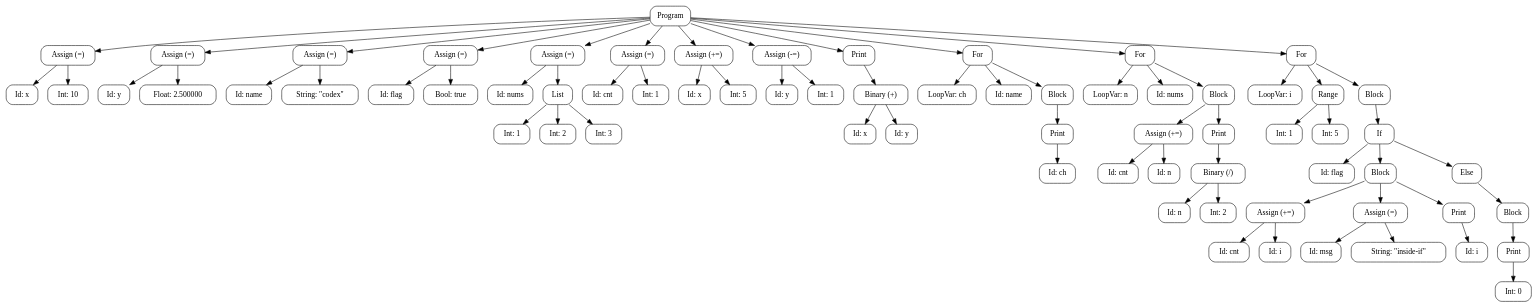
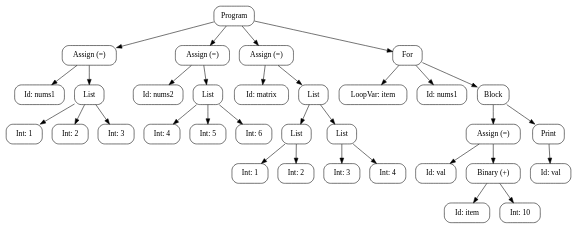
The diagram in docs/ast.dot (arkodasgupta0412/Python-lite-Compiler), drawn with Graphviz before and after one commit. The commit also changed 28 other files, not shown here.

```diff
--- a/docs/ast.dot
+++ b/docs/ast.dot
@@ -1,143 +1,69 @@
 digraph AST {
   rankdir=TB;
   node [shape=box, style=rounded, fontname="Consolas"];
   n0 [label="Program"];
   n1 [label="Assign (=)"];
-  n2 [label="Id: x"];
-  n3 [label="Int: 10"];
+  n2 [label="Id: nums1"];
+  n3 [label="List"];
+  n4 [label="Int: 1"];
+  n3 -> n4;
+  n5 [label="Int: 2"];
+  n3 -> n5;
+  n6 [label="Int: 3"];
+  n3 -> n6;
   n1 -> n2;
   n1 -> n3;
   n0 -> n1;
-  n4 [label="Assign (=)"];
-  n5 [label="Id: y"];
-  n6 [label="Float: 2.500000"];
-  n4 -> n5;
-  n4 -> n6;
-  n0 -> n4;
   n7 [label="Assign (=)"];
-  n8 [label="Id: name"];
-  n9 [label="String: \"codex\""];
+  n8 [label="Id: nums2"];
+  n9 [label="List"];
+  n10 [label="Int: 4"];
+  n9 -> n10;
+  n11 [label="Int: 5"];
+  n9 -> n11;
+  n12 [label="Int: 6"];
+  n9 -> n12;
   n7 -> n8;
   n7 -> n9;
   n0 -> n7;
-  n10 [label="Assign (=)"];
-  n11 [label="Id: flag"];
-  n12 [label="Bool: true"];
-  n10 -> n11;
-  n10 -> n12;
-  n0 -> n10;
   n13 [label="Assign (=)"];
-  n14 [label="Id: nums"];
+  n14 [label="Id: matrix"];
   n15 [label="List"];
-  n16 [label="Int: 1"];
+  n16 [label="List"];
+  n17 [label="Int: 1"];
+  n16 -> n17;
+  n18 [label="Int: 2"];
+  n16 -> n18;
   n15 -> n16;
-  n17 [label="Int: 2"];
-  n15 -> n17;
-  n18 [label="Int: 3"];
-  n15 -> n18;
+  n19 [label="List"];
+  n20 [label="Int: 3"];
+  n19 -> n20;
+  n21 [label="Int: 4"];
+  n19 -> n21;
+  n15 -> n19;
   n13 -> n14;
   n13 -> n15;
   n0 -> n13;
-  n19 [label="Assign (=)"];
-  n20 [label="Id: cnt"];
-  n21 [label="Int: 1"];
-  n19 -> n20;
-  n19 -> n21;
-  n0 -> n19;
-  n22 [label="Assign (+=)"];
-  n23 [label="Id: x"];
-  n24 [label="Int: 5"];
+  n22 [label="For"];
+  n23 [label="LoopVar: item"];
+  n24 [label="Id: nums1"];
+  n25 [label="Block"];
+  n26 [label="Assign (=)"];
+  n27 [label="Id: val"];
+  n28 [label="Binary (+)"];
+  n29 [label="Id: item"];
+  n28 -> n29;
+  n30 [label="Int: 10"];
+  n28 -> n30;
+  n26 -> n27;
+  n26 -> n28;
+  n25 -> n26;
+  n31 [label="Print"];
+  n32 [label="Id: val"];
+  n31 -> n32;
+  n25 -> n31;
   n22 -> n23;
   n22 -> n24;
+  n22 -> n25;
   n0 -> n22;
-  n25 [label="Assign (-=)"];
-  n26 [label="Id: y"];
-  n27 [label="Int: 1"];
-  n25 -> n26;
-  n25 -> n27;
-  n0 -> n25;
-  n28 [label="Print"];
-  n29 [label="Binary (+)"];
-  n30 [label="Id: x"];
-  n29 -> n30;
-  n31 [label="Id: y"];
-  n29 -> n31;
-  n28 -> n29;
-  n0 -> n28;
-  n32 [label="For"];
-  n33 [label="LoopVar: ch"];
-  n34 [label="Id: name"];
-  n35 [label="Block"];
-  n36 [label="Print"];
-  n37 [label="Id: ch"];
-  n36 -> n37;
-  n35 -> n36;
-  n32 -> n33;
-  n32 -> n34;
-  n32 -> n35;
-  n0 -> n32;
-  n38 [label="For"];
-  n39 [label="LoopVar: n"];
-  n40 [label="Id: nums"];
-  n41 [label="Block"];
-  n42 [label="Assign (+=)"];
-  n43 [label="Id: cnt"];
-  n44 [label="Id: n"];
-  n42 -> n43;
-  n42 -> n44;
-  n41 -> n42;
-  n45 [label="Print"];
-  n46 [label="Binary (/)"];
-  n47 [label="Id: n"];
-  n46 -> n47;
-  n48 [label="Int: 2"];
-  n46 -> n48;
-  n45 -> n46;
-  n41 -> n45;
-  n38 -> n39;
-  n38 -> n40;
-  n38 -> n41;
-  n0 -> n38;
-  n49 [label="For"];
-  n50 [label="LoopVar: i"];
-  n51 [label="Range"];
-  n52 [label="Int: 1"];
-  n51 -> n52;
-  n53 [label="Int: 5"];
-  n51 -> n53;
-  n54 [label="Block"];
-  n55 [label="If"];
-  n56 [label="Id: flag"];
-  n57 [label="Block"];
-  n58 [label="Assign (+=)"];
-  n59 [label="Id: cnt"];
-  n60 [label="Id: i"];
-  n58 -> n59;
-  n58 -> n60;
-  n57 -> n58;
-  n61 [label="Assign (=)"];
-  n62 [label="Id: msg"];
-  n63 [label="String: \"inside-if\""];
-  n61 -> n62;
-  n61 -> n63;
-  n57 -> n61;
-  n64 [label="Print"];
-  n65 [label="Id: i"];
-  n64 -> n65;
-  n57 -> n64;
-  n55 -> n56;
-  n55 -> n57;
-  n66 [label="Else"];
-  n55 -> n66;
-  n67 [label="Block"];
-  n68 [label="Print"];
-  n69 [label="Int: 0"];
-  n68 -> n69;
-  n67 -> n68;
-  n66 -> n67;
-  n54 -> n55;
-  n49 -> n50;
-  n49 -> n51;
-  n49 -> n54;
-  n0 -> n49;
 }
```
